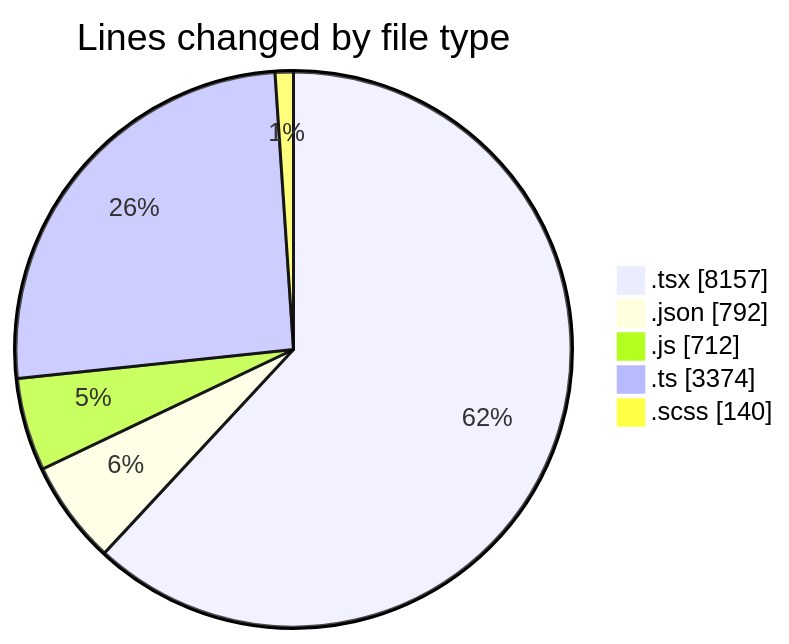
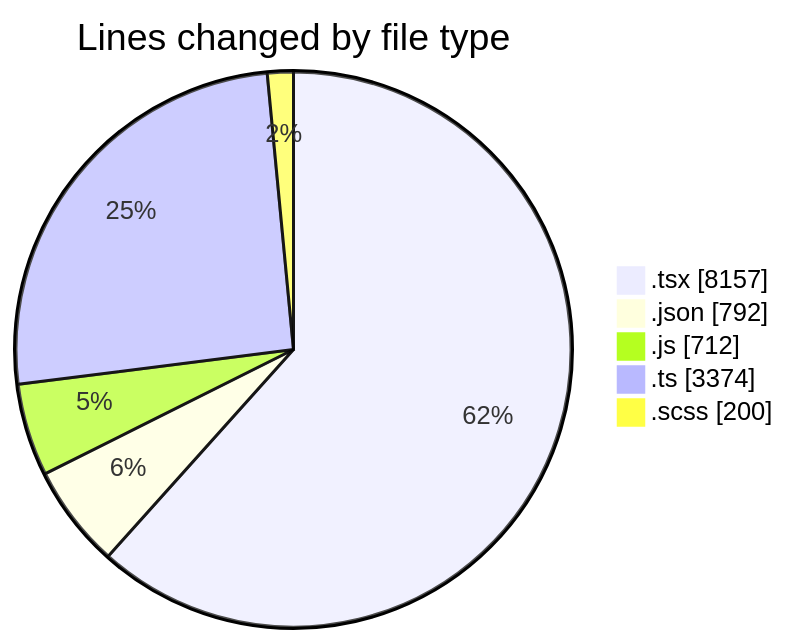
Before and after one commit to momahboobian/code-tracking: the first of 2 diagrams in 2026-08-07/cda/README.md, drawn with Mermaid. The commit also changed other lines of this file and 1 other file, not shown here.

````diff
--- a/2026-08-07/cda/README.md
+++ b/2026-08-07/cda/README.md
@@ -36,9 +36,9 @@
 ```mermaid
 pie showData
 title Lines changed by file type
 ".tsx" : 8157
 ".json" : 792
 ".js" : 712
 ".ts" : 3374
-".scss" : 140
+".scss" : 200
 ```
````
